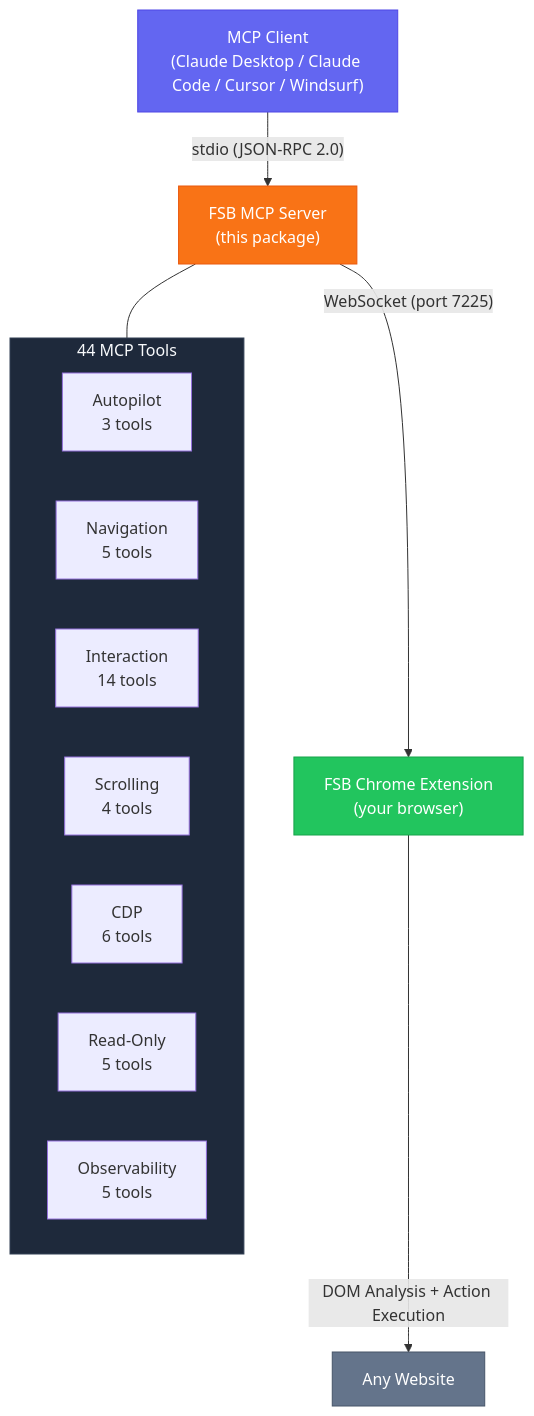
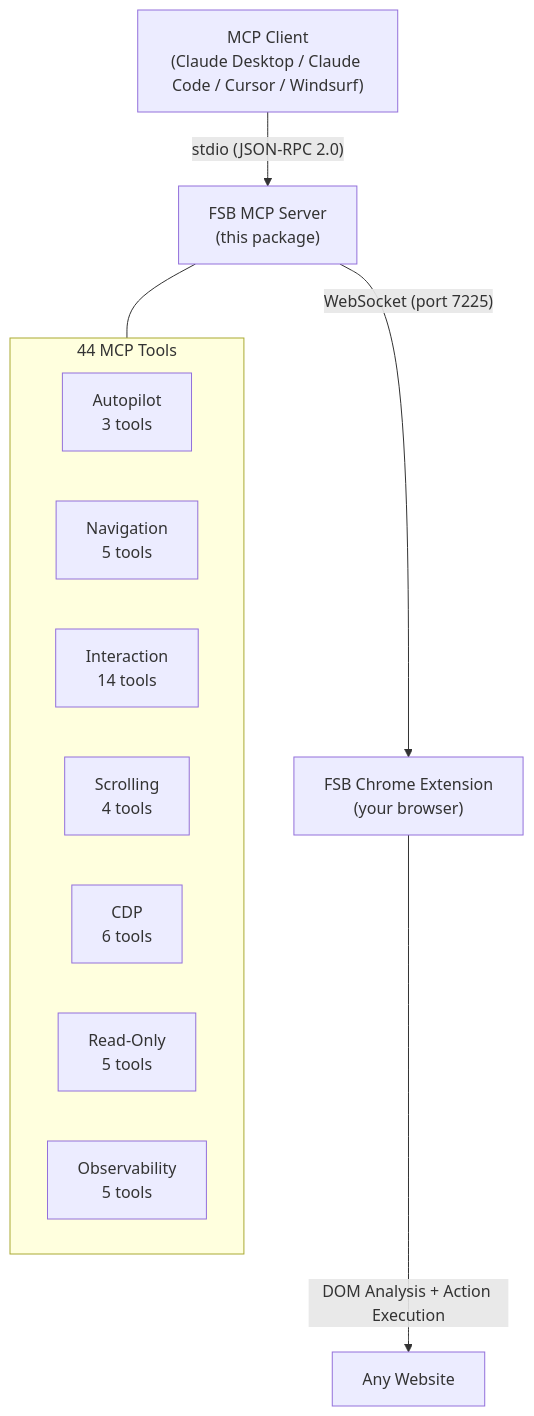
The diagram in mcp-server/README.md (LakshmanTurlapati/FSB), drawn with Mermaid before and after one commit. The commit also changed 1 other file, not shown here.

Commit message:
docs(mcp): remove mermaid styling, republish 0.2.3

````diff
--- a/mcp-server/README.md
+++ b/mcp-server/README.md
@@ -200,25 +200,19 @@
 ```mermaid
 graph TD
     A["MCP Client\n(Claude Desktop / Claude Code / Cursor / Windsurf)"] -->|"stdio (JSON-RPC 2.0)"| B["FSB MCP Server\n(this package)"]
     B -->|"WebSocket (port 7225)"| C["FSB Chrome Extension\n(your browser)"]
     C -->|"DOM Analysis + Action Execution"| D["Any Website"]
 
     subgraph tools ["44 MCP Tools"]
         direction LR
         T1["Autopilot\n3 tools"]
         T2["Navigation\n5 tools"]
         T3["Interaction\n14 tools"]
         T4["Scrolling\n4 tools"]
         T5["CDP\n6 tools"]
         T6["Read-Only\n5 tools"]
         T7["Observability\n5 tools"]
     end
 
     B --- tools
-
-    style A fill:#6366f1,stroke:#4f46e5,color:#fff
-    style B fill:#f97316,stroke:#ea580c,color:#fff
-    style C fill:#22c55e,stroke:#16a34a,color:#fff
-    style D fill:#64748b,stroke:#475569,color:#fff
-    style tools fill:#1e293b,stroke:#334155,color:#f8fafc
 ```
````
